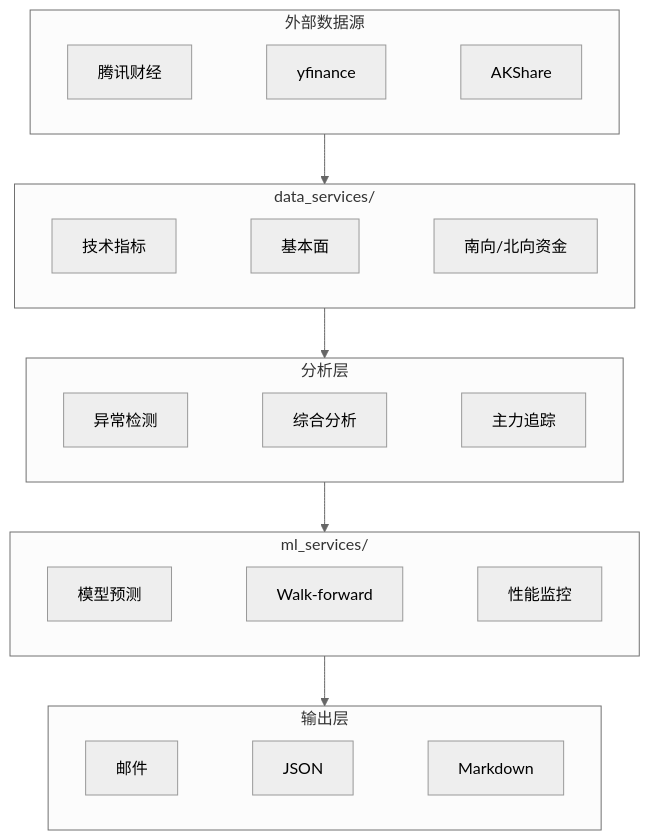
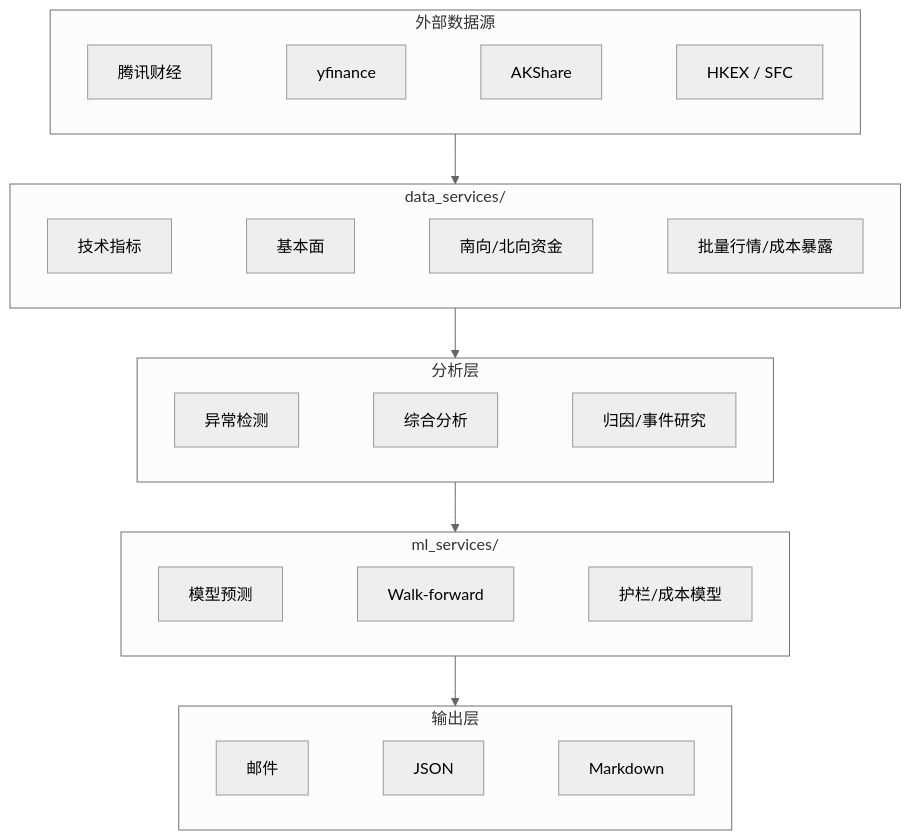
Before and after one commit to wonglaitung/fortune: the diagram in README.md, drawn with Mermaid (neutral theme). The commit also changed other lines of this file and 1 other file, not shown here.

````diff
--- a/README.md
+++ b/README.md
@@ -186,24 +198,24 @@
 ```mermaid
 flowchart TD
     subgraph SRC["外部数据源"]
         direction LR
-        S1["腾讯财经"] ~~~ S2["yfinance"] ~~~ S3["AKShare"]
+        S1["腾讯财经"] ~~~ S2["yfinance"] ~~~ S3["AKShare"] ~~~ S4["HKEX / SFC"]
     end
     subgraph DS["data_services/"]
         direction LR
-        D1["技术指标"] ~~~ D2["基本面"] ~~~ D3["南向/北向资金"]
+        D1["技术指标"] ~~~ D2["基本面"] ~~~ D3["南向/北向资金"] ~~~ D4["批量行情/成本暴露"]
     end
     subgraph AN["分析层"]
         direction LR
-        A1["异常检测"] ~~~ A2["综合分析"] ~~~ A3["主力追踪"]
+        A1["异常检测"] ~~~ A2["综合分析"] ~~~ A3["归因/事件研究"]
     end
     subgraph ML["ml_services/"]
         direction LR
-        M1["模型预测"] ~~~ M2["Walk-forward"] ~~~ M3["性能监控"]
+        M1["模型预测"] ~~~ M2["Walk-forward"] ~~~ M3["护栏/成本模型"]
     end
     subgraph OUT["输出层"]
         direction LR
         O1["邮件"] ~~~ O2["JSON"] ~~~ O3["Markdown"]
     end
     SRC --> DS --> AN --> ML --> OUT
 ```
````
